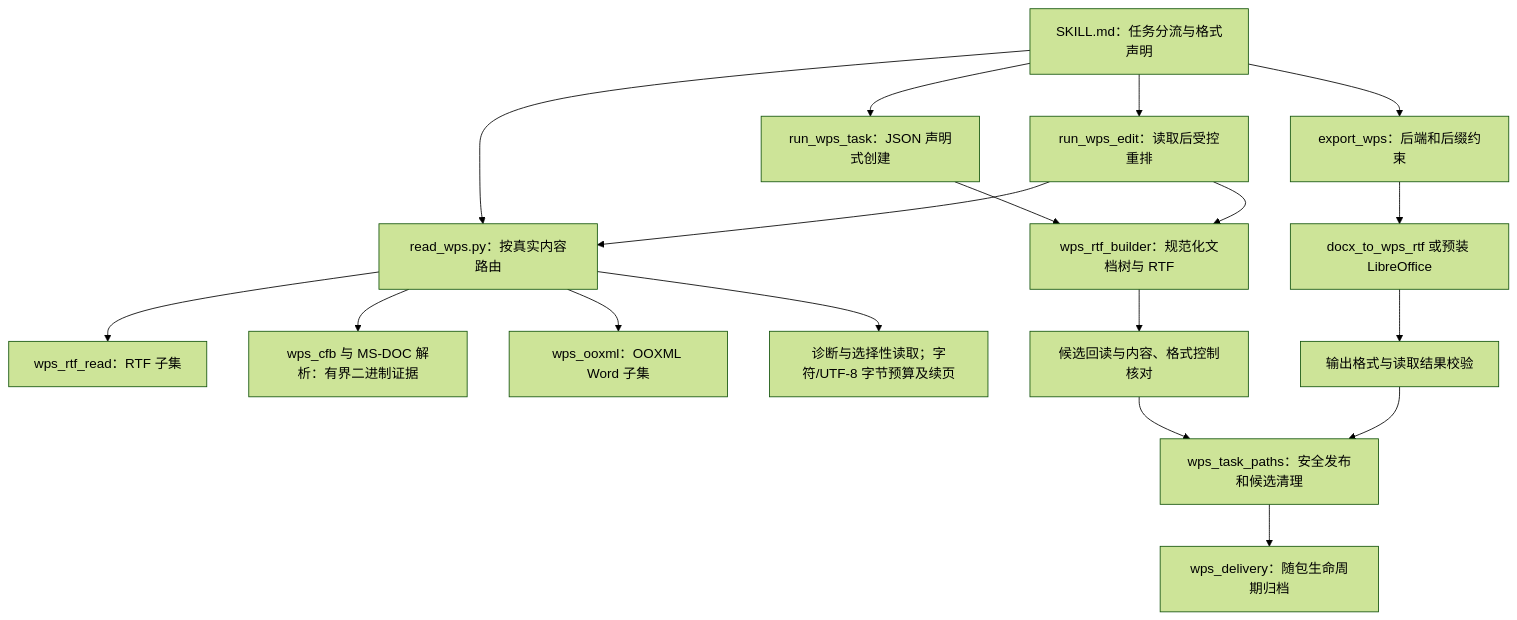
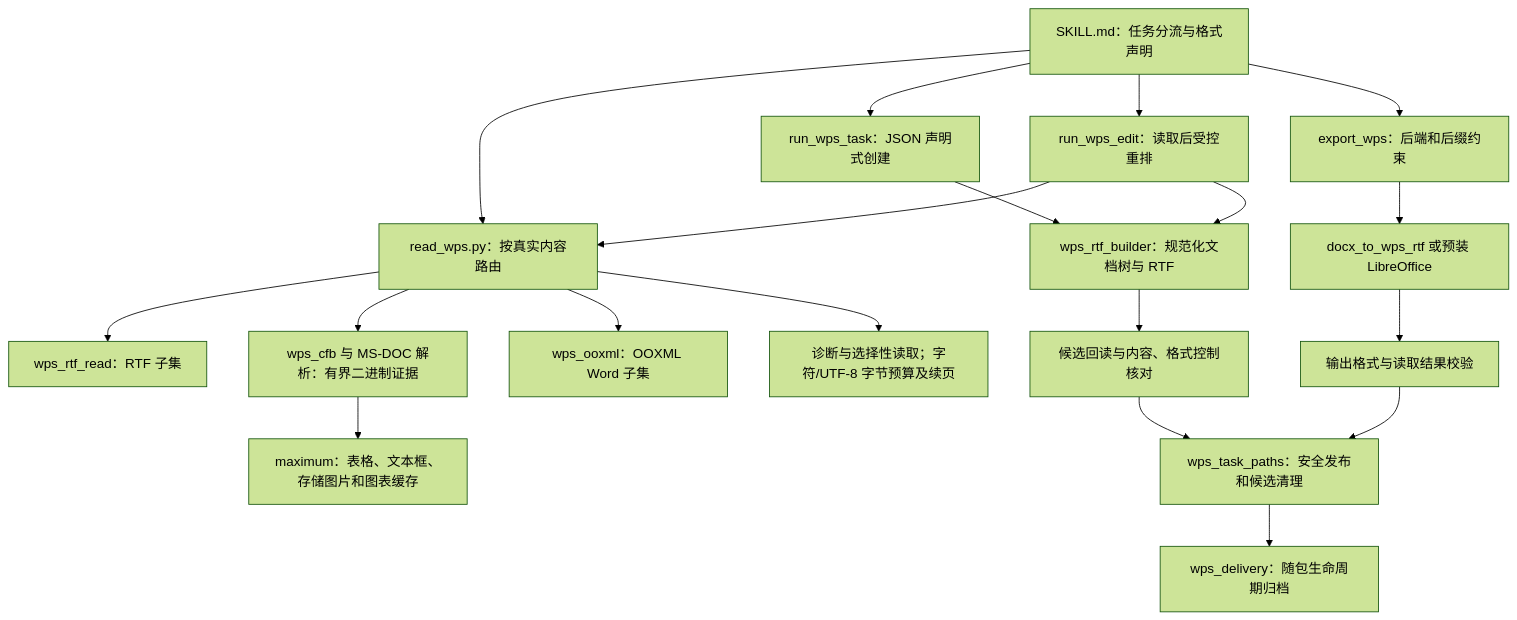
One commit to JohnParken/PSL-SKILLS changed the first of 2 diagrams in docs/skills/wps.md. Above: the diagram before and after it, drawn with Mermaid (forest theme). The commit also changed other lines of this file and 51 other files, not shown here.

````diff
--- a/docs/skills/wps.md
+++ b/docs/skills/wps.md
@@ -29,20 +29,21 @@
 ```mermaid
 flowchart TD
     A["SKILL.md：任务分流与格式声明"] --> B["read_wps.py：按真实内容路由"]
     B --> C["wps_rtf_read：RTF 子集"]
     B --> D["wps_cfb 与 MS-DOC 解析：有界二进制证据"]
+    D --> Q["maximum：表格、文本框、存储图片和图表缓存"]
     B --> E["wps_ooxml：OOXML Word 子集"]
     B --> F["诊断与选择性读取；字符/UTF-8 字节预算及续页"]
     A --> G["run_wps_task：JSON 声明式创建"]
     A --> H["run_wps_edit：读取后受控重排"]
     H --> B
     G --> I["wps_rtf_builder：规范化文档树与 RTF"]
     H --> I
     A --> J["export_wps：后端和后缀约束"]
     J --> K["docx_to_wps_rtf 或预装 LibreOffice"]
     I --> L["候选回读与内容、格式控制核对"]
     K --> M["输出格式与读取结果校验"]
     L --> N["wps_task_paths：安全发布和候选清理"]
     M --> N
     N --> O["wps_delivery：随包生命周期归档"]
 ```
````
